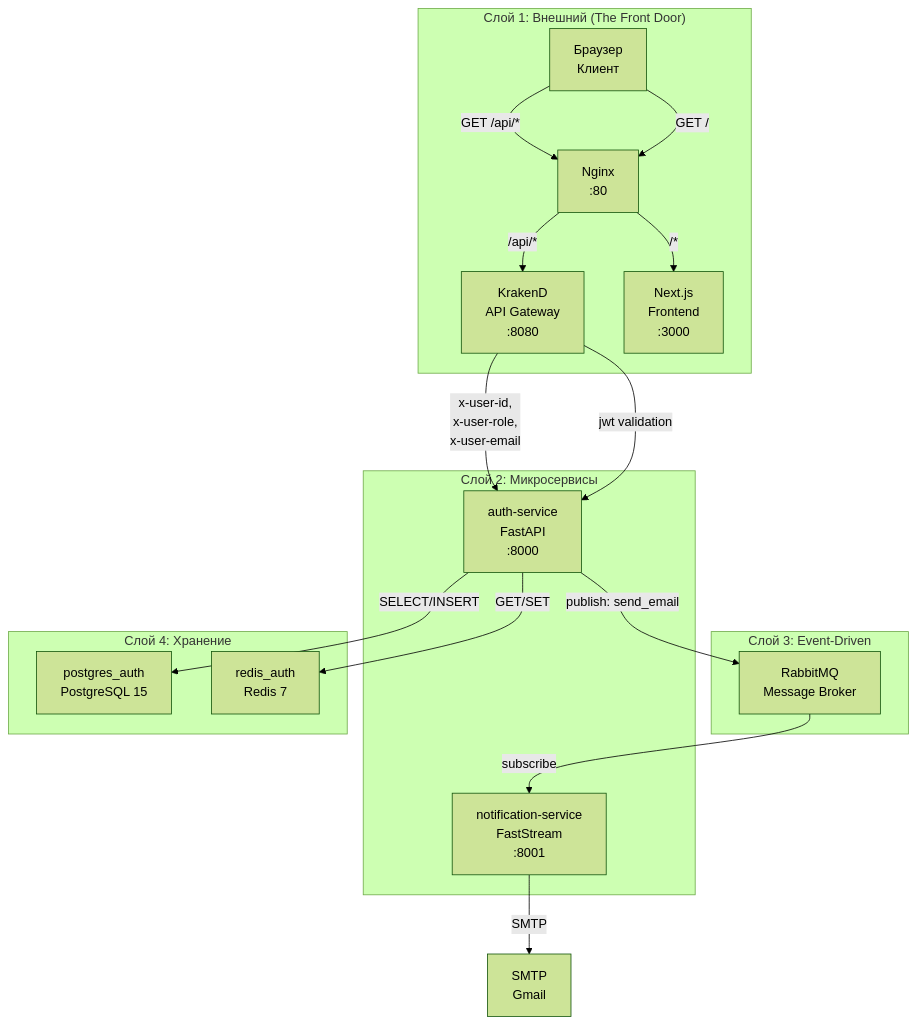
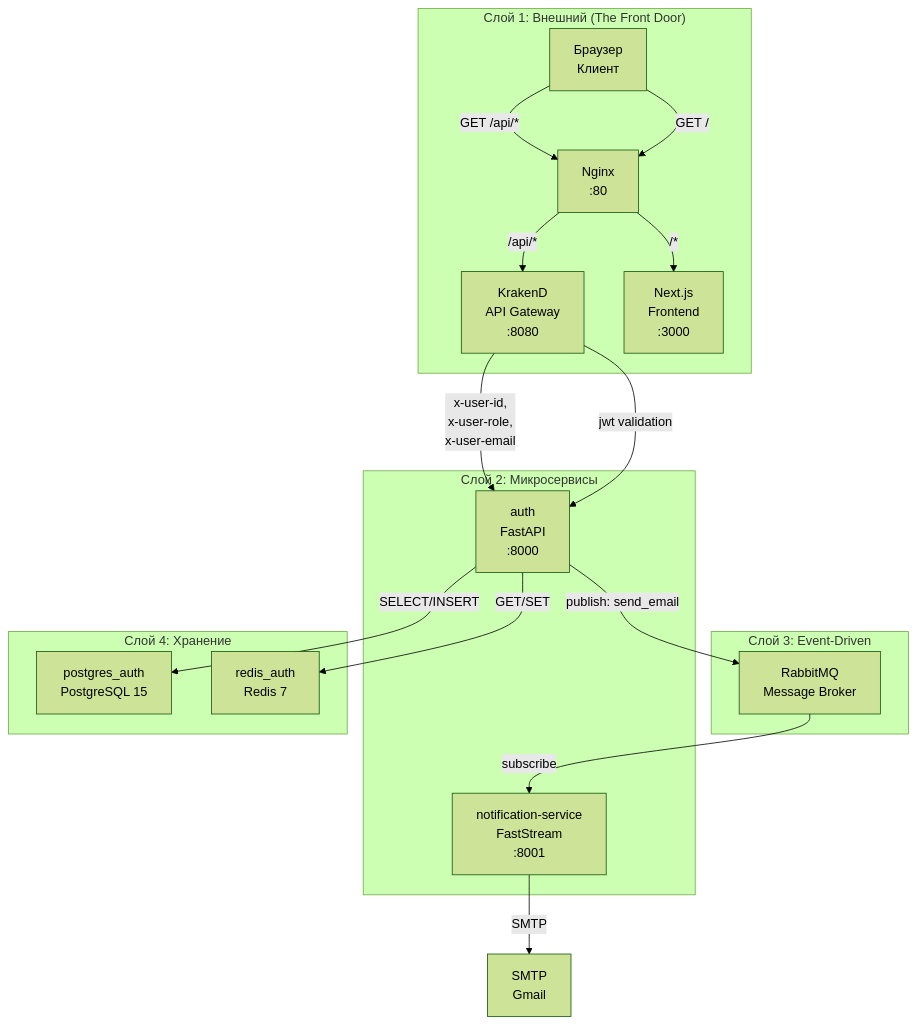
One commit to mindcoree/LoreLounge changed the first of 5 diagrams in docs/architecture.md. Above: the diagram before and after it, drawn with Mermaid (forest theme). The commit also changed other lines of this file and 78 other files, not shown here.

````diff
--- a/docs/architecture.md
+++ b/docs/architecture.md
@@ -5,38 +5,38 @@
 ```mermaid
 flowchart TB
     subgraph Ext["Слой 1: Внешний (The Front Door)"]
         Browser["Браузер<br/>Клиент"]
         Nginx["Nginx<br/>:80"]
         KrakenD["KrakenD<br/>API Gateway<br/>:8080"]
         NextJS["Next.js<br/>Frontend<br/>:3000"]
     end
 
     subgraph Micro["Слой 2: Микросервисы"]
-        Auth["auth-service<br/>FastAPI<br/>:8000"]
+        Auth["auth<br/>FastAPI<br/>:8000"]
         Notif["notification-service<br/>FastStream<br/>:8001"]
     end
 
     subgraph Event["Слой 3: Event-Driven"]
         RMQ["RabbitMQ<br/>Message Broker"]
     end
 
     subgraph Storage["Слой 4: Хранение"]
         PG["postgres_auth<br/>PostgreSQL 15"]
         Redis["redis_auth<br/>Redis 7"]
     end
 
     Browser -->|"GET /"| Nginx
     Browser -->|"GET /api/*"| Nginx
     Nginx -->|"/*"| NextJS
     Nginx -->|"/api/*"| KrakenD
     KrakenD -->|jwt validation| Auth
     KrakenD -->|"x-user-id,<br/>x-user-role,<br/>x-user-email"| Auth
 
     Auth -->|"publish: send_email"| RMQ
     RMQ -->|"subscribe"| Notif
 
     Auth -->|"SELECT/INSERT"| PG
     Auth -->|"GET/SET"| Redis
 
     Notif -->|"SMTP"| External["SMTP<br/>Gmail"]
 ```
````
